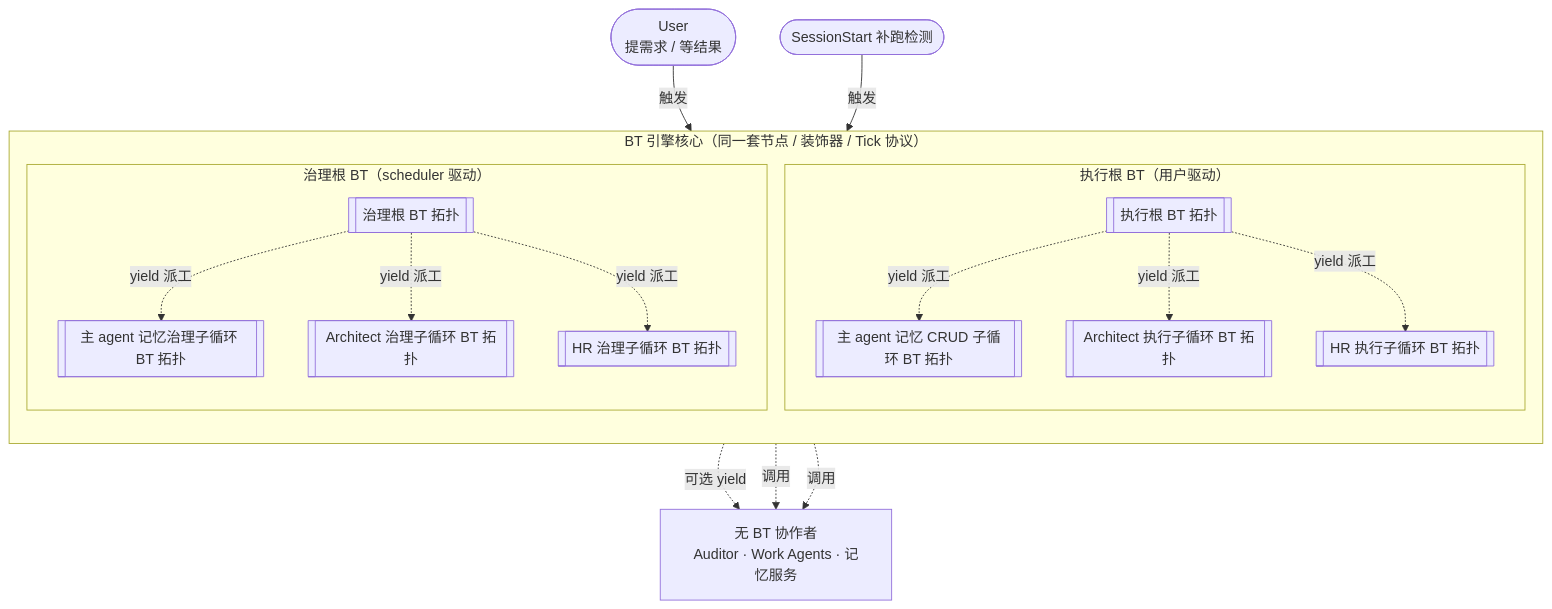
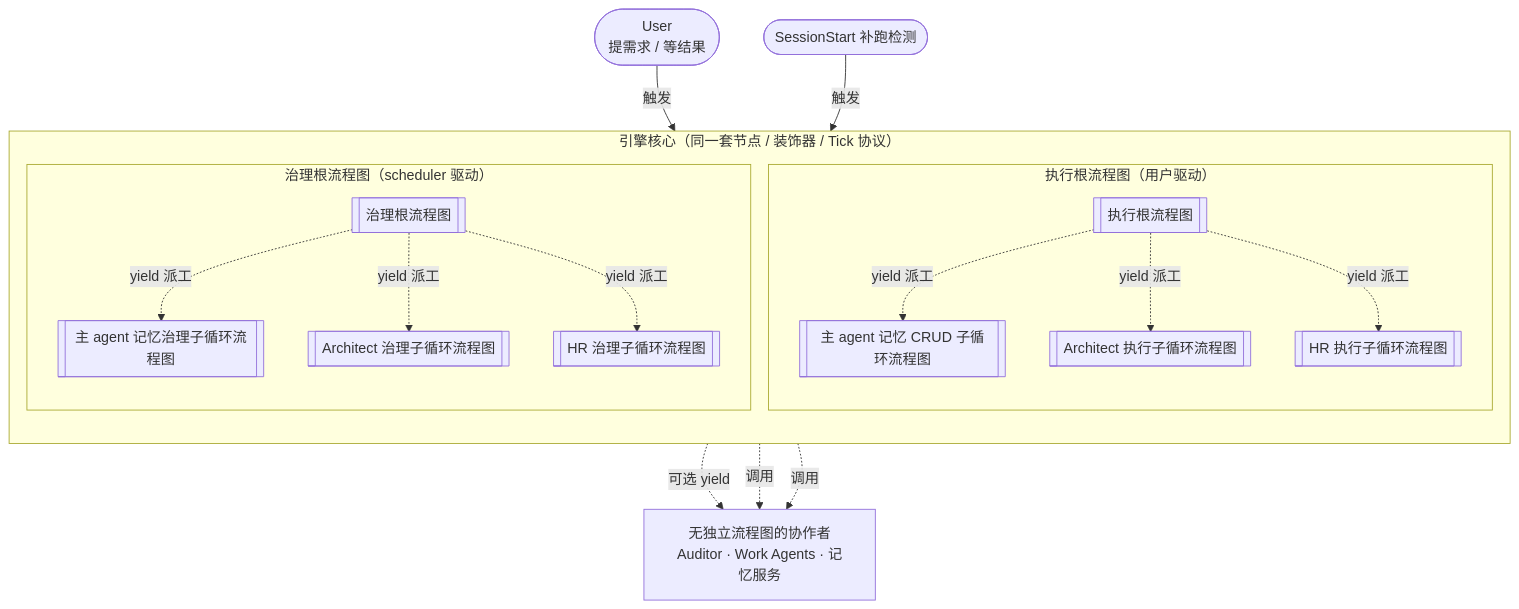
One commit to nan023062/agent-team-cc changed the diagram in design/LOOPS-OVERVIEW.zh-CN.md. Above: the diagram before and after it, drawn with Mermaid. The commit also changed other lines of this file and 5 other files, not shown here.

First line of the commit message:
docs(design): replace BT/行为树 with 流程图 in all human-facing design docs

````diff
--- a/design/LOOPS-OVERVIEW.zh-CN.md
+++ b/design/LOOPS-OVERVIEW.zh-CN.md
@@ -11,33 +11,33 @@
 ```mermaid
 flowchart TB
-    subgraph Engine["BT 引擎核心（同一套节点 / 装饰器 / Tick 协议）"]
+    subgraph Engine["引擎核心（同一套节点 / 装饰器 / Tick 协议）"]
         direction TB
-        subgraph ExecRoot["执行根 BT（用户驱动）"]
-            E0[["执行根 BT 拓扑"]]
-            E1[["主 agent 记忆 CRUD 子循环 BT 拓扑"]]
-            E2[["Architect 执行子循环 BT 拓扑"]]
-            E3[["HR 执行子循环 BT 拓扑"]]
+        subgraph ExecRoot["执行根流程图（用户驱动）"]
+            E0[["执行根流程图"]]
+            E1[["主 agent 记忆 CRUD 子循环流程图"]]
+            E2[["Architect 执行子循环流程图"]]
+            E3[["HR 执行子循环流程图"]]
         end
-        subgraph DreamRoot["治理根 BT（scheduler 驱动）"]
-            D0[["治理根 BT 拓扑"]]
-            D1[["主 agent 记忆治理子循环 BT 拓扑"]]
-            D2[["Architect 治理子循环 BT 拓扑"]]
-            D3[["HR 治理子循环 BT 拓扑"]]
+        subgraph DreamRoot["治理根流程图（scheduler 驱动）"]
+            D0[["治理根流程图"]]
+            D1[["主 agent 记忆治理子循环流程图"]]
+            D2[["Architect 治理子循环流程图"]]
+            D3[["HR 治理子循环流程图"]]
         end
     end
 
     User(["User<br/>提需求 / 等结果"]) -->|触发| E0
     Sched(["SessionStart 补跑检测"]) -->|触发| D0
 
     E0 -.->|yield 派工| E1
     E0 -.->|yield 派工| E2
     E0 -.->|yield 派工| E3
     D0 -.->|yield 派工| D1
     D0 -.->|yield 派工| D2
     D0 -.->|yield 派工| D3
 
-    NoBT["无 BT 协作者<br/>Auditor · Work Agents · 记忆服务"]
+    NoBT["无独立流程图的协作者<br/>Auditor · Work Agents · 记忆服务"]
     E0 -.->|可选 yield| NoBT
     E1 -.->|调用| NoBT
     D1 -.->|调用| NoBT
 ```
````
